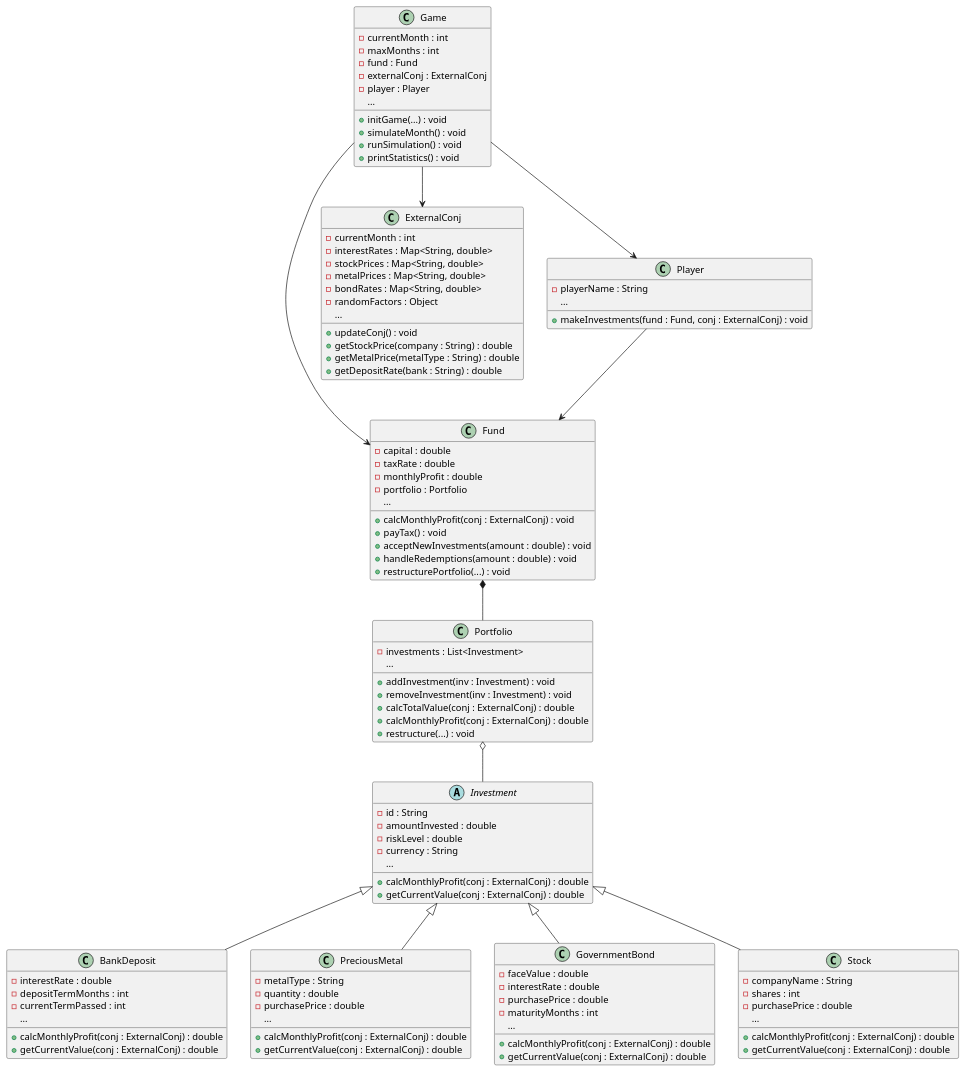
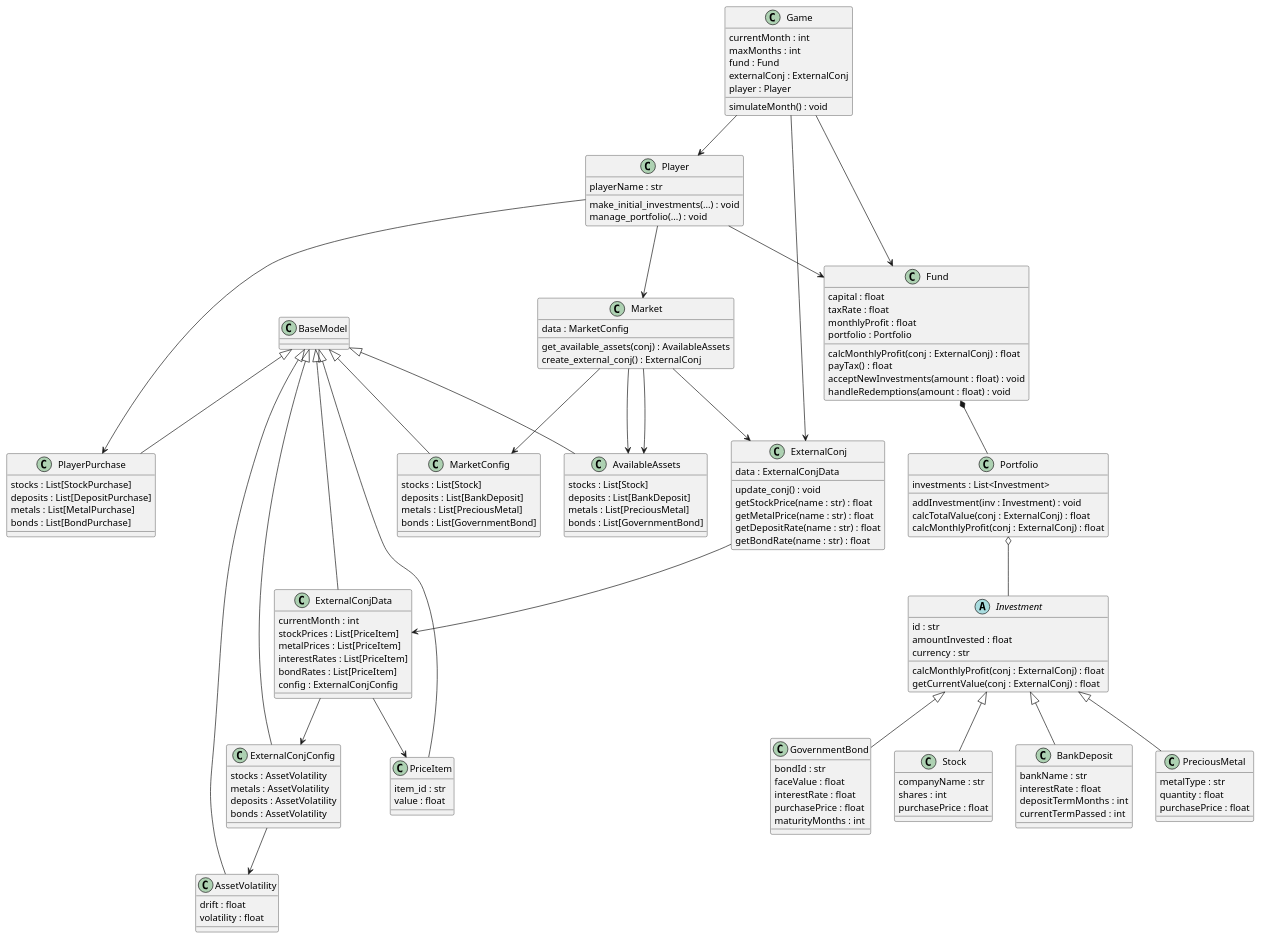
The diagram in classes_diagram/schema.puml (andrrrei/practice_8_OOP), drawn with PlantUML before and after one commit. The commit also changed 6 other files, not shown here.

Commit message:
Update classes diagram, add some new pydantic models

```diff
--- a/classes_diagram/schema.puml
+++ b/classes_diagram/schema.puml
@@ -1,124 +1,181 @@
 @startuml
 
+skinparam classAttributeIconSize 0
+
+' === Pydantic base ===
+class BaseModel
+
+
+' === Игровая логика ===
+class Game {
+    currentMonth : int
+    maxMonths : int
+    fund : Fund
+    externalConj : ExternalConj
+    player : Player
+    simulateMonth() : void
+}
+
+class Player {
+    playerName : str
+    make_initial_investments(...) : void
+    manage_portfolio(...) : void
+}
+
+class Fund {
+    capital : float
+    taxRate : float
+    monthlyProfit : float
+    portfolio : Portfolio
+    calcMonthlyProfit(conj : ExternalConj) : float
+    payTax() : float
+    acceptNewInvestments(amount : float) : void
+    handleRedemptions(amount : float) : void
+}
+
+class Portfolio {
+    investments : List<Investment>
+    addInvestment(inv : Investment) : void
+    calcTotalValue(conj : ExternalConj) : float
+    calcMonthlyProfit(conj : ExternalConj) : float
+}
+
+
+' === Абстракция инвестиций ===
 abstract class Investment {
-    - id : String
-    - amountInvested : double
-    - riskLevel : double
-    - currency : String
-    ...
-    + calcMonthlyProfit(conj : ExternalConj) : double
-    + getCurrentValue(conj : ExternalConj) : double
+    id : str
+    amountInvested : float
+    currency : str
+    calcMonthlyProfit(conj : ExternalConj) : float
+    getCurrentValue(conj : ExternalConj) : float
+}
+
+class Stock {
+    companyName : str
+    shares : int
+    purchasePrice : float
 }
 
 class BankDeposit {
-    - interestRate : double
-    - depositTermMonths : int
-    - currentTermPassed : int
-    ...
-    + calcMonthlyProfit(conj : ExternalConj) : double
-    + getCurrentValue(conj : ExternalConj) : double
+    bankName : str
+    interestRate : float
+    depositTermMonths : int
+    currentTermPassed : int
 }
 
 class PreciousMetal {
-    - metalType : String
-    - quantity : double
-    - purchasePrice : double
-    ...
-    + calcMonthlyProfit(conj : ExternalConj) : double
-    + getCurrentValue(conj : ExternalConj) : double
+    metalType : str
+    quantity : float
+    purchasePrice : float
 }
 
 class GovernmentBond {
-    - faceValue : double
-    - interestRate : double
-    - purchasePrice : double
-    - maturityMonths : int
-    ...
-    + calcMonthlyProfit(conj : ExternalConj) : double
-    + getCurrentValue(conj : ExternalConj) : double
+    bondId : str
+    faceValue : float
+    interestRate : float
+    purchasePrice : float
+    maturityMonths : int
 }
 
-class Stock {
-    - companyName : String
-    - shares : int
-    - purchasePrice : double
-    ...
-    + calcMonthlyProfit(conj : ExternalConj) : double
-    + getCurrentValue(conj : ExternalConj) : double
+Investment <|-- Stock
+Investment <|-- BankDeposit
+Investment <|-- PreciousMetal
+Investment <|-- GovernmentBond
+
+Portfolio o-- Investment
+Fund *-- Portfolio
+Game --> Fund
+Game --> ExternalConj
+Game --> Player
+Player --> Fund
+
+
+' === Внешняя конъюнктура ===
+class ExternalConj {
+    data : ExternalConjData
+    update_conj() : void
+    getStockPrice(name : str) : float
+    getMetalPrice(name : str) : float
+    getDepositRate(name : str) : float
+    getBondRate(name : str) : float
 }
 
-class Portfolio {
-    - investments : List<Investment>
-    ...
-    + addInvestment(inv : Investment) : void
-    + removeInvestment(inv : Investment) : void
-    + calcTotalValue(conj : ExternalConj) : double
-    + calcMonthlyProfit(conj : ExternalConj) : double
-    + restructure(...) : void
+class ExternalConjData {
+    currentMonth : int
+    stockPrices : List[PriceItem]
+    metalPrices : List[PriceItem]
+    interestRates : List[PriceItem]
+    bondRates : List[PriceItem]
+    config : ExternalConjConfig
 }
 
-class Fund {
-    - capital : double
-    - taxRate : double
-    - monthlyProfit : double
-    - portfolio : Portfolio
-    ...
-    + calcMonthlyProfit(conj : ExternalConj) : void
-    + payTax() : void
-    + acceptNewInvestments(amount : double) : void
-    + handleRedemptions(amount : double) : void
-    + restructurePortfolio(...) : void
+class PriceItem {
+    item_id : str
+    value : float
 }
 
-class ExternalConj {
-    - currentMonth : int
-    - interestRates : Map<String, double>
-    - stockPrices : Map<String, double>
-    - metalPrices : Map<String, double>
-    - bondRates : Map<String, double>
-    - randomFactors : Object
-    ...
-    + updateConj() : void
-    + getStockPrice(company : String) : double
-    + getMetalPrice(metalType : String) : double
-    + getDepositRate(bank : String) : double
+class ExternalConjConfig {
+    stocks : AssetVolatility
+    metals : AssetVolatility
+    deposits : AssetVolatility
+    bonds : AssetVolatility
 }
 
-class Player {
-    - playerName : String
-    ...
-    + makeInvestments(fund : Fund, conj : ExternalConj) : void
+class AssetVolatility {
+    drift : float
+    volatility : float
 }
 
-class Game {
-    - currentMonth : int
-    - maxMonths : int
-    - fund : Fund
-    - externalConj : ExternalConj
-    - player : Player
-    ...
-    + initGame(...) : void
-    + simulateMonth() : void
-    + runSimulation() : void
-    + printStatistics() : void
+ExternalConj --> ExternalConjData
+ExternalConjData --> ExternalConjConfig
+ExternalConjData --> PriceItem
+ExternalConjConfig --> AssetVolatility
+
+
+' === Конфигурация рынка и доступные активы ===
+class Market {
+    data : MarketConfig
+    get_available_assets(conj) : AvailableAssets
+    create_external_conj() : ExternalConj
+}
+
+class MarketConfig {
+    stocks : List[Stock]
+    deposits : List[BankDeposit]
+    metals : List[PreciousMetal]
+    bonds : List[GovernmentBond]
+}
+
+class AvailableAssets {
+    stocks : List[Stock]
+    deposits : List[BankDeposit]
+    metals : List[PreciousMetal]
+    bonds : List[GovernmentBond]
+}
+
+Market --> MarketConfig
+Market --> AvailableAssets
+
+' === Решения игрока ===
+class PlayerPurchase {
+    stocks : List[StockPurchase]
+    deposits : List[DepositPurchase]
+    metals : List[MetalPurchase]
+    bonds : List[BondPurchase]
 }
 
 
 
-Investment <|-- BankDeposit
-Investment <|-- PreciousMetal
-Investment <|-- GovernmentBond
-Investment <|-- Stock
-
-
-Portfolio o-- Investment
-
-Fund *-- Portfolio
-
-Game --> Fund
-Game --> ExternalConj
-Game --> Player
-
-Player --> Fund
+Player --> PlayerPurchase
+Player --> Market
+Market --> ExternalConj
+Market --> AvailableAssets
+BaseModel <|-- ExternalConjData
+BaseModel <|-- PlayerPurchase
+BaseModel <|-- PriceItem
+BaseModel <|-- AssetVolatility
+BaseModel <|-- ExternalConjConfig
+BaseModel <|-- MarketConfig
+BaseModel <|-- AvailableAssets
 
 @enduml
```
